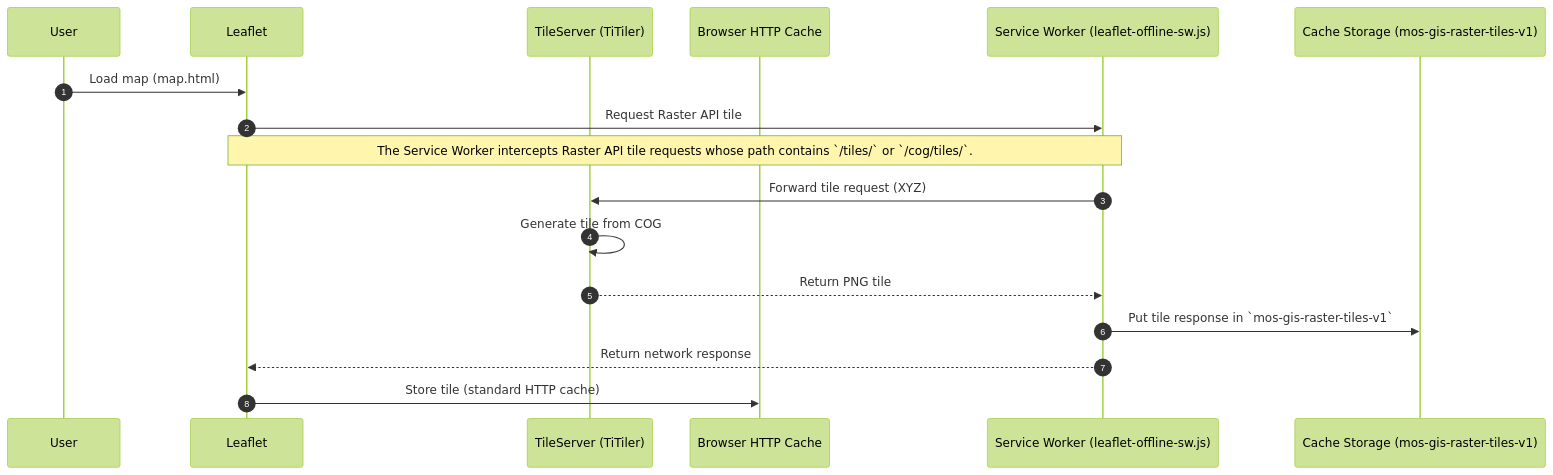
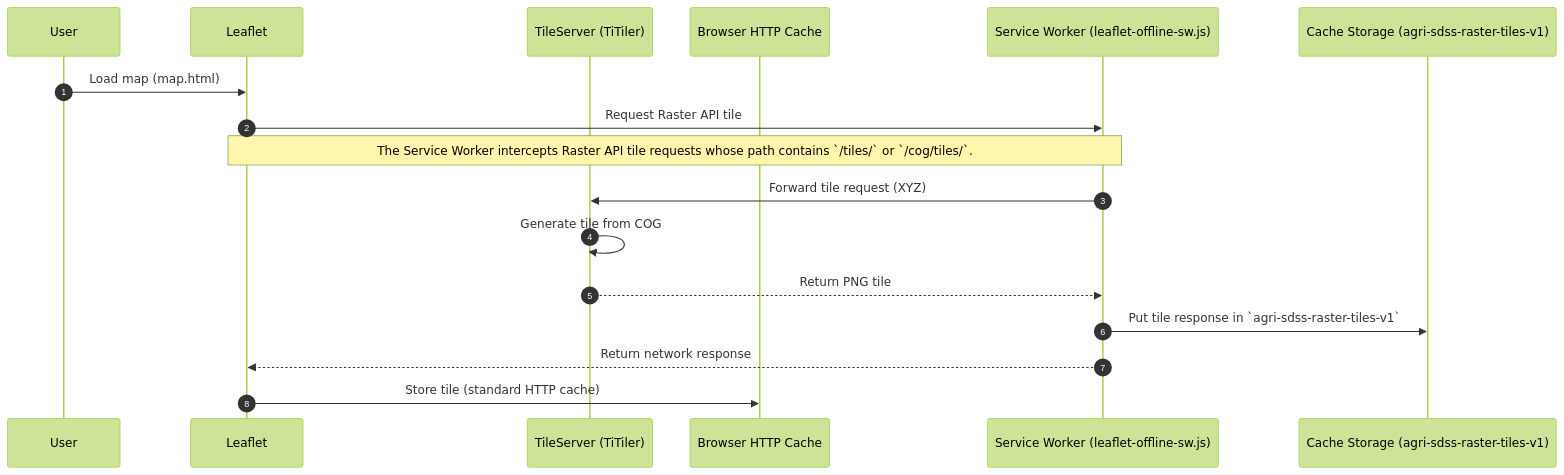
The first of 2 diagrams in frontend/docs/tiles_generation_cache.md (jeremie-durand/Agri-SDSS), drawn with Mermaid (forest theme) before and after one commit. The commit also changed other lines of this file and 47 other files, not shown here.

Commit message:
feat: rename project into "Agri-SDSS"

````diff
--- a/frontend/docs/tiles_generation_cache.md
+++ b/frontend/docs/tiles_generation_cache.md
@@ -6,22 +6,22 @@
 ```mermaid
 sequenceDiagram
     autonumber
     participant User
     participant Leaflet
     participant TileServer as TileServer (TiTiler)
     participant BrowserCache as Browser HTTP Cache
     participant SW as Service Worker (leaflet-offline-sw.js)
-    participant TileCache as Cache Storage (mos-gis-raster-tiles-v1)
+    participant TileCache as Cache Storage (agri-sdss-raster-tiles-v1)
 
     User ->> Leaflet: Load map (map.html)
     Leaflet ->> SW: Request Raster API tile
 
     Note over Leaflet,SW: The Service Worker intercepts Raster API tile requests whose path contains `/tiles/` or `/cog/tiles/`.
 
     SW ->> TileServer: Forward tile request (XYZ)
     TileServer ->> TileServer: Generate tile from COG
     TileServer -->> SW: Return PNG tile
-    SW ->> TileCache: Put tile response in `mos-gis-raster-tiles-v1`
+    SW ->> TileCache: Put tile response in `agri-sdss-raster-tiles-v1`
     SW -->> Leaflet: Return network response
     Leaflet ->> BrowserCache: Store tile (standard HTTP cache)
 ```
````
